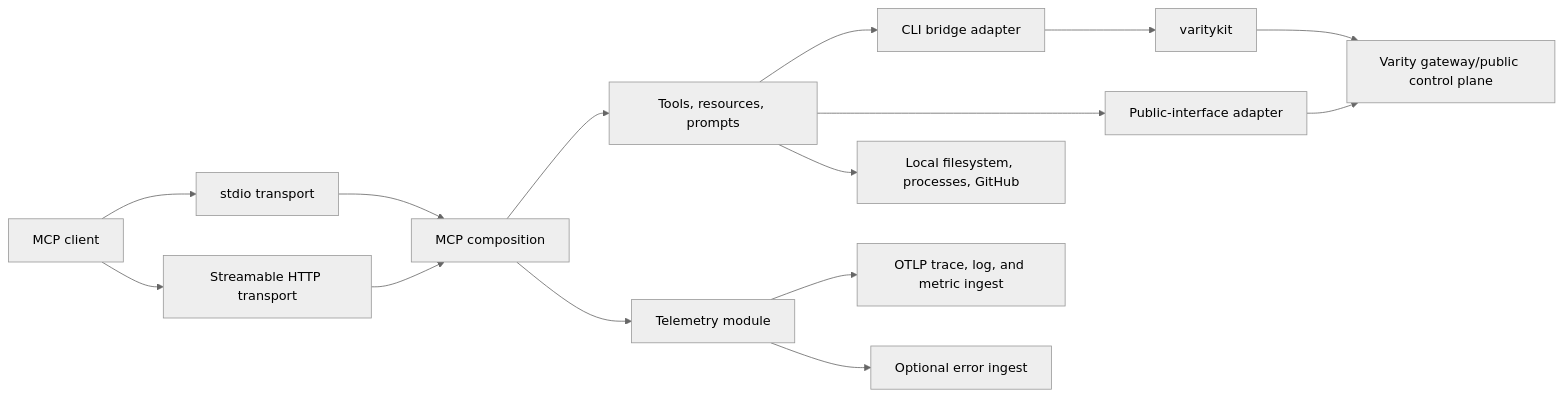
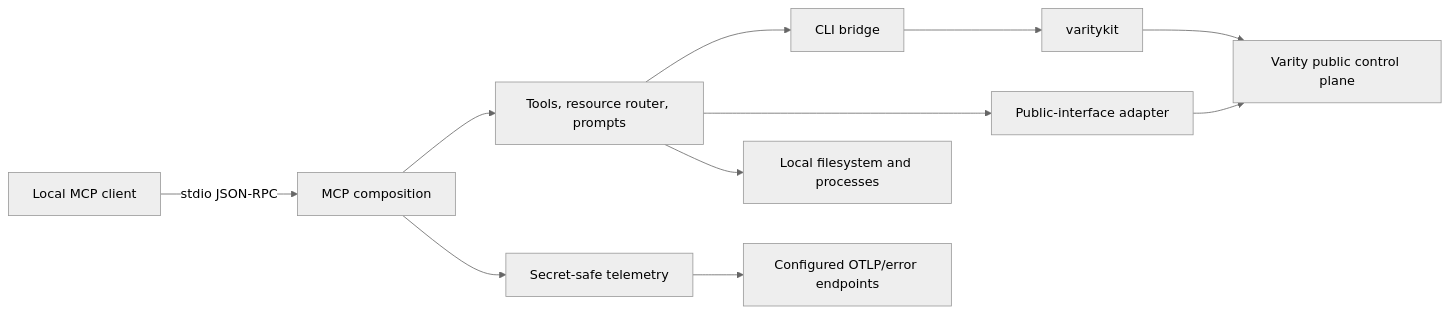
The diagram in ARCHITECTURE.md (varity-labs/varity-mcp), drawn with Mermaid (neutral theme) before and after one commit. The commit also changed other lines of this file and 53 other files, not shown here.

First line of the commit message:
refactor(mcp): retire hosted transport and harden stdio custody (#68)

````diff
--- a/ARCHITECTURE.md
+++ b/ARCHITECTURE.md
@@ -42,25 +40,9 @@
 ```mermaid
 flowchart LR
-  CLIENT[MCP client]
-  STDIO[stdio transport]
-  HTTP[Streamable HTTP transport]
-  SERVER[MCP composition]
-  TOOLS[Tools, resources, prompts]
-  CLI[CLI bridge adapter]
-  PUBLIC[Public-interface adapter]
-  LOCAL[Local filesystem, processes, GitHub]
-  VK[varitykit]
-  GATEWAY[Varity gateway/public control plane]
-  TELEMETRY[Telemetry module]
-  OTLP[OTLP trace, log, and metric ingest]
-  ERRORS[Optional error ingest]
-
-  CLIENT --> STDIO --> SERVER
-  CLIENT --> HTTP --> SERVER
-  SERVER --> TOOLS
-  TOOLS --> CLI --> VK --> GATEWAY
-  TOOLS --> PUBLIC --> GATEWAY
-  TOOLS --> LOCAL
-  SERVER --> TELEMETRY --> OTLP
-  TELEMETRY --> ERRORS
+  CLIENT[Local MCP client] -->|stdio JSON-RPC| SERVER[MCP composition]
+  SERVER --> TOOLS[Tools, resource router, prompts]
+  TOOLS --> CLI[CLI bridge] --> VK[varitykit] --> CONTROL[Varity public control plane]
+  TOOLS --> PUBLIC[Public-interface adapter] --> CONTROL
+  TOOLS --> LOCAL[Local filesystem and processes]
+  SERVER --> TELEMETRY[Secret-safe telemetry] --> OTLP[Configured OTLP/error endpoints]
 ```
````
